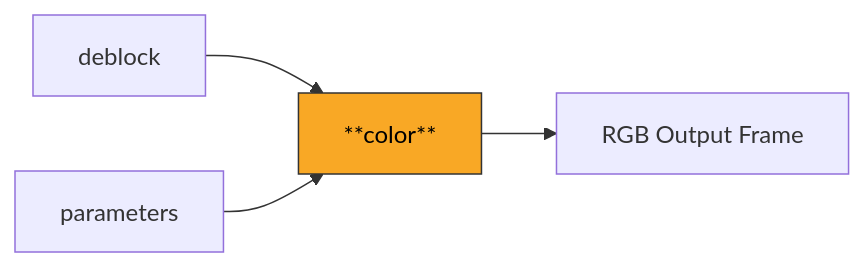
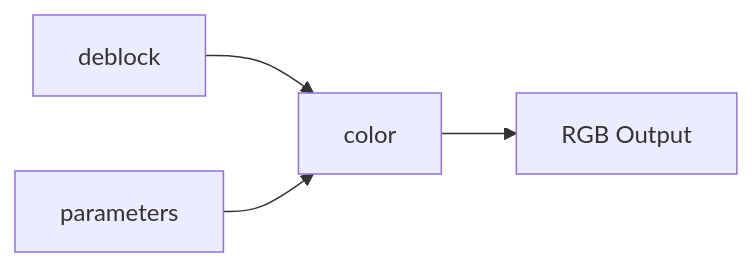
Before and after one commit to abhiksark/python-h264-scratch: the second of 2 diagrams in color/README.md, drawn with Mermaid. The commit also changed other lines of this file and 13 other files, not shown here.

````diff
--- a/color/README.md
+++ b/color/README.md
@@ -17,7 +105,6 @@
 ```mermaid
 flowchart LR
-    DB[deblock] --> COL["**color**"]
-    COL --> OUT[RGB Output Frame]
+    DB[deblock] --> COL["color"]
+    COL --> OUT["RGB Output"]
     P[parameters] --> COL
-    style COL fill:#f9a825,stroke:#333,color:#000
 ```
````
